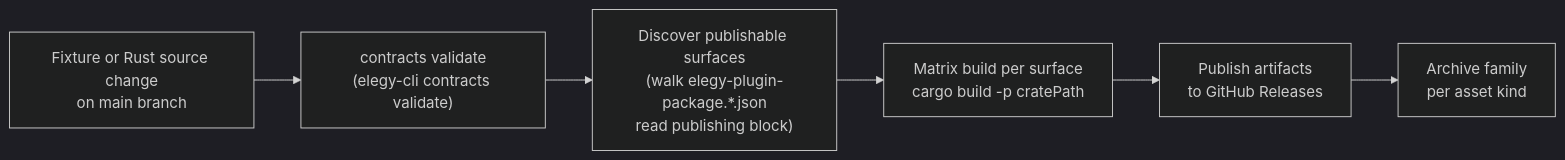
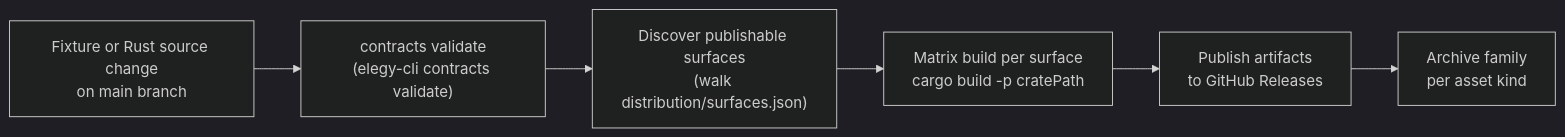
One commit to Sofreshx/Elegy changed the third of 3 diagrams in docs/architecture/rust-consolidation.md. Above: the diagram before and after it, drawn with Mermaid (dark theme). The commit also changed other lines of this file and 129 other files, not shown here.

````diff
--- a/docs/architecture/rust-consolidation.md
+++ b/docs/architecture/rust-consolidation.md
@@ -219,8 +219,8 @@
 ```mermaid
 flowchart LR
     trigger["Fixture or Rust source change\non main branch"] --> validate["contracts validate\n(elegy-cli contracts validate)"]
-    validate --> discover["Discover publishable surfaces\n(walk elegy-plugin-package.*.json\nread publishing block)"]
+    validate --> discover["Discover publishable surfaces\n(walk distribution/surfaces.json)"]
     discover --> matrix["Matrix build per surface\n cargo build -p cratePath"]
     matrix --> publish["Publish artifacts\nto GitHub Releases"]
     publish --> archive["Archive family\nper asset kind"]
 ```
````
